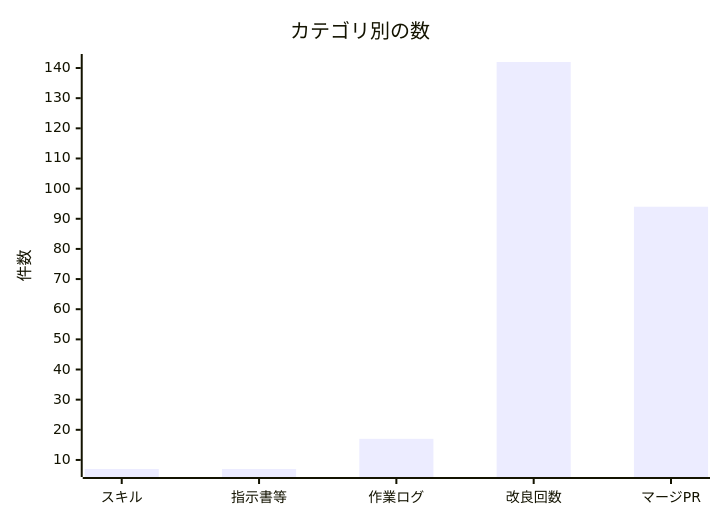
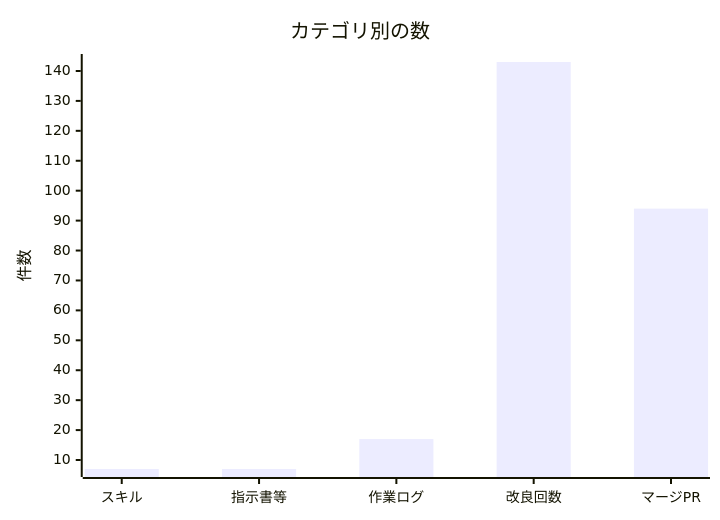
Before and after one commit to non-x2/non-x2: the second of 2 diagrams in docs/進化レポート.md, drawn with Mermaid. The commit also changed other lines of this file and 1 other file, not shown here.

````diff
--- a/docs/進化レポート.md
+++ b/docs/進化レポート.md
@@ -35,7 +35,7 @@
 ```mermaid
 xychart-beta
     title "カテゴリ別の数"
     x-axis ["スキル", "指示書等", "作業ログ", "改良回数", "マージPR"]
     y-axis "件数"
-    bar [7, 7, 17, 142, 94]
+    bar [7, 7, 17, 143, 94]
 ```
````
